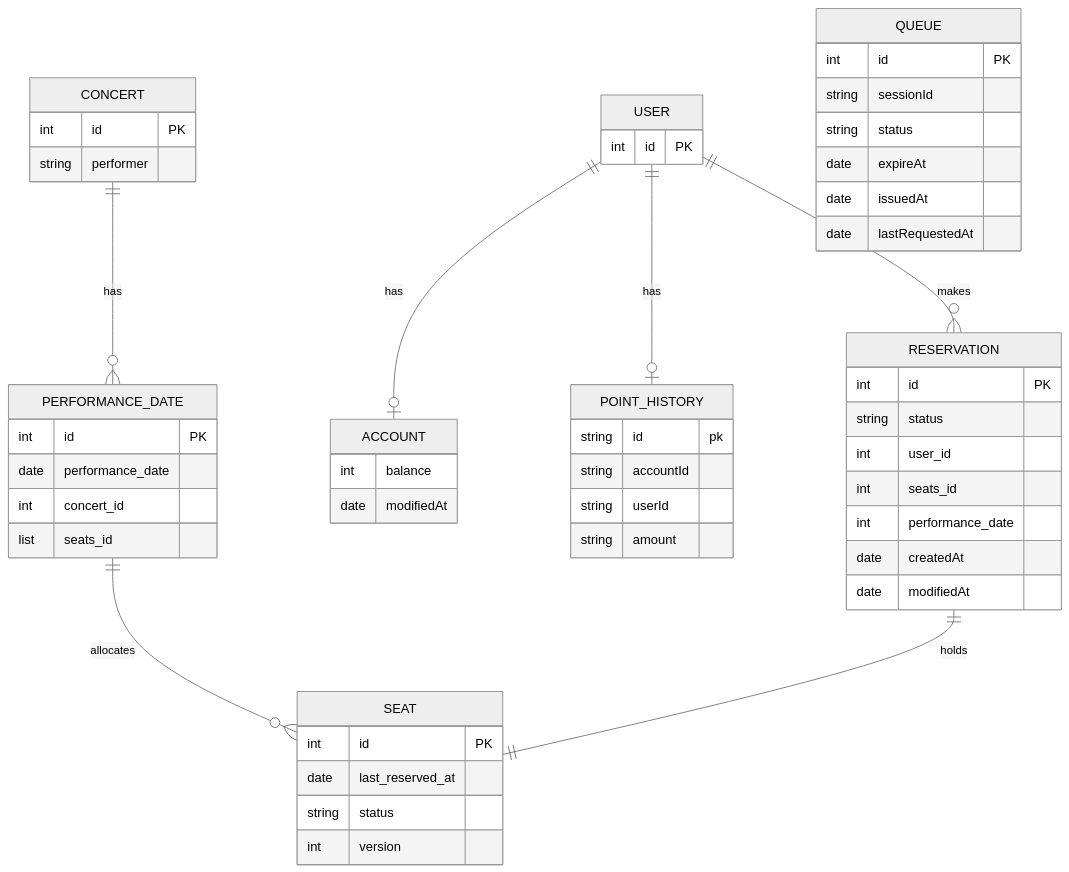
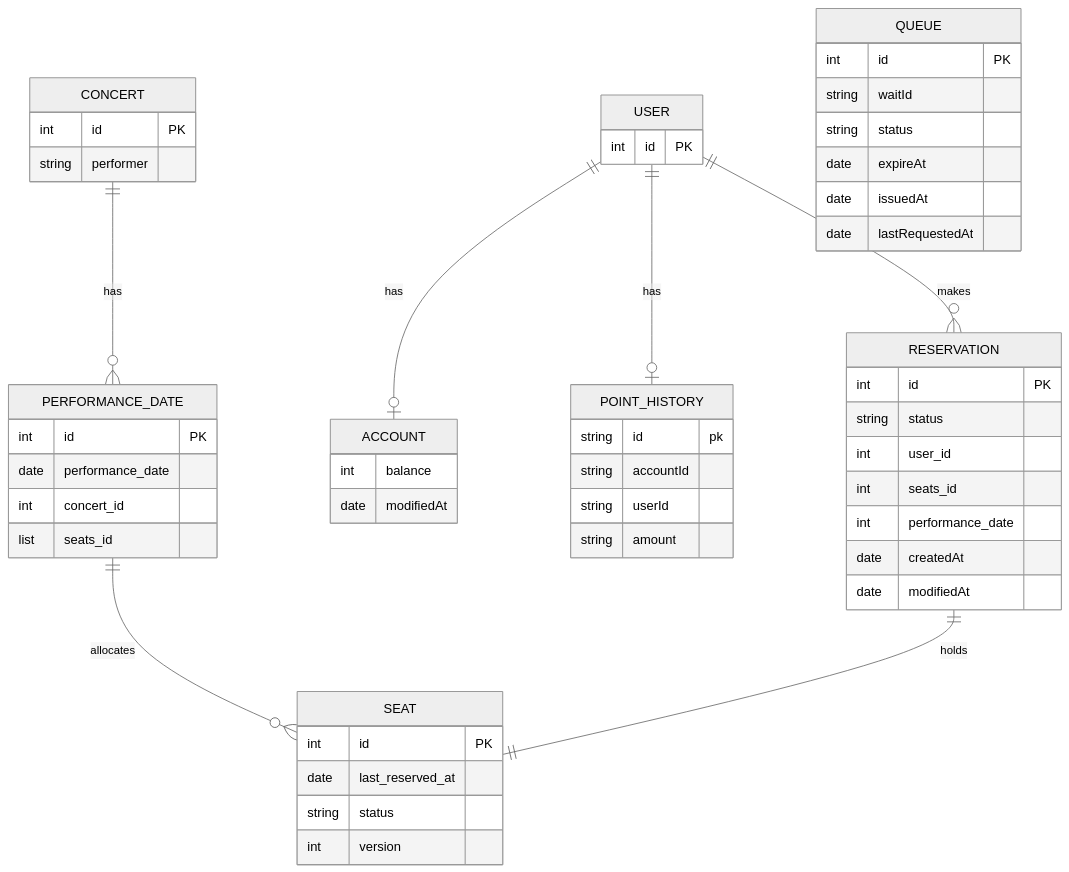
The diagram in docs/markdown/3.ER 다이어그램.md (hpp-backend-15/java-concert-joonhyeokyang), drawn with Mermaid (neutral theme) before and after one commit. The commit also changed 21 other files, not shown here.

````diff
--- a/docs/markdown/3.ER 다이어그램.md
+++ b/docs/markdown/3.ER 다이어그램.md
@@ -3,64 +3,64 @@
 ```mermaid
 erDiagram
     CONCERT {
         int id PK
         string performer
     }
 
     PERFORMANCE_DATE {
         int id PK
         date performance_date
         int concert_id
         list seats_id
     }
 
     SEAT {
         int id PK
         date last_reserved_at
         string status
         int version
     }
 
     USER {
         int id PK
     }
     
     ACCOUNT{
         int balance
         date modifiedAt
     }
     
     QUEUE{
         int id PK
-        string sessionId
+        string waitId
         string status
         date expireAt
         date issuedAt
         date lastRequestedAt
     }
     
     
     POINT_HISTORY{
         string id pk
         string accountId
         string userId
         string amount
     }
 
     RESERVATION {
         int id PK
         string status
         int user_id
         int seats_id
         int performance_date
         date createdAt
         date modifiedAt
     }
 
     CONCERT ||--o{ PERFORMANCE_DATE: "has"
     PERFORMANCE_DATE ||--o{ SEAT: "allocates"
     USER ||--o{ RESERVATION: "makes"
     USER ||--o| ACCOUNT: "has"
     USER ||--o| POINT_HISTORY: "has"
     RESERVATION ||--|| SEAT: "holds"
 ```
````
